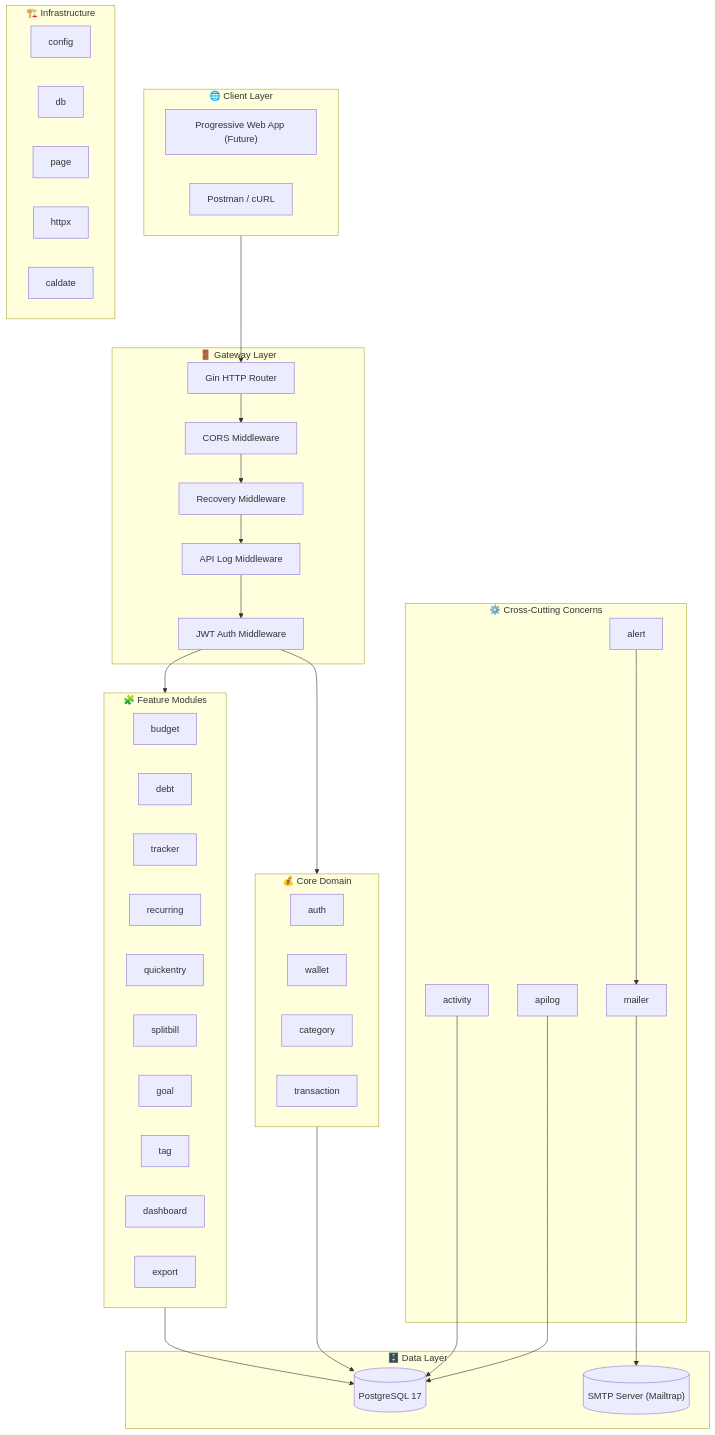
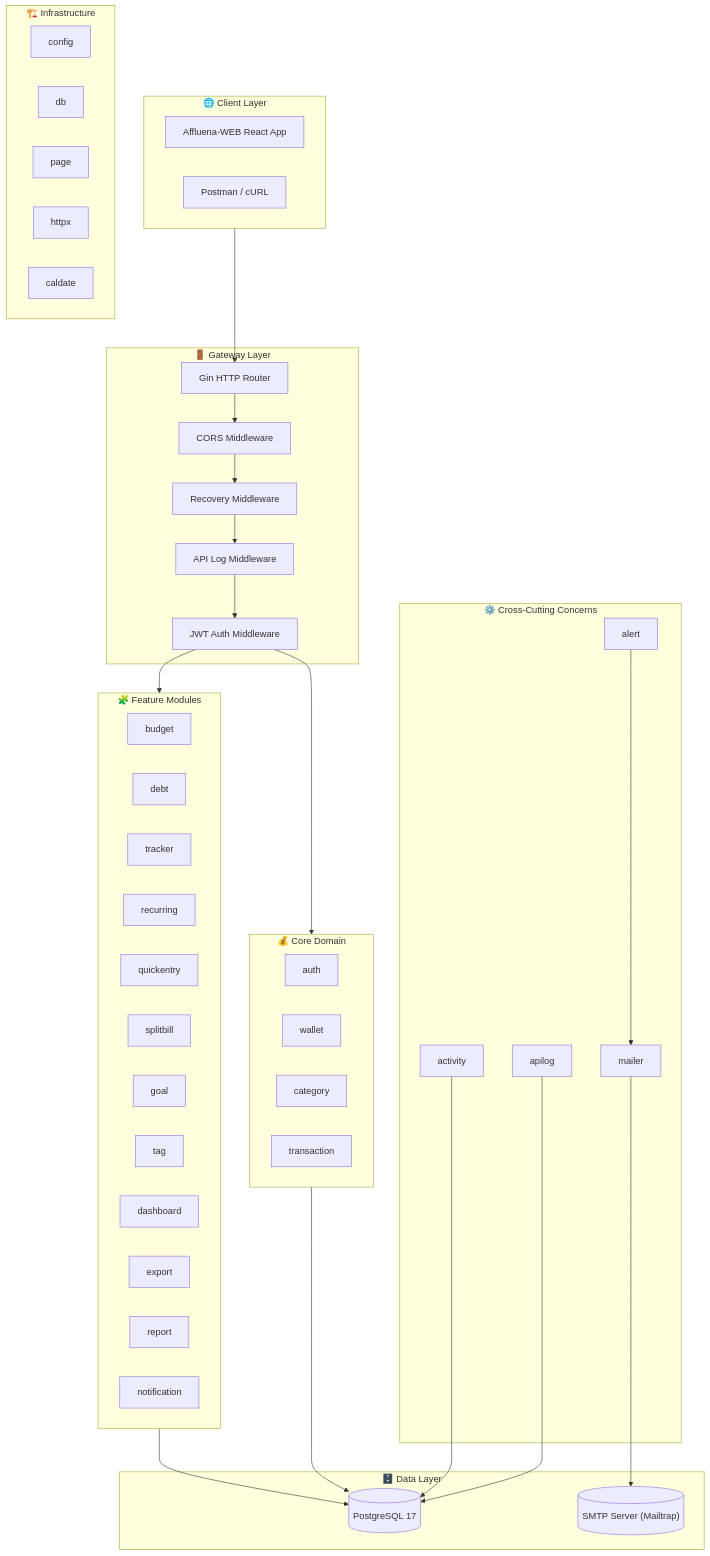
One commit to adty404/Affluena-API changed the first of 4 diagrams in docs/system_map.md. Above: the diagram before and after it, drawn with Mermaid. The commit also changed other lines of this file and 18 other files, not shown here.

````diff
--- a/docs/system_map.md
+++ b/docs/system_map.md
@@ -11,65 +11,67 @@
 ```mermaid
 graph TB
     subgraph Client["🌐 Client Layer"]
-        PWA["Progressive Web App (Future)"]
+        WEB["Affluena-WEB React App"]
         Postman["Postman / cURL"]
     end
 
     subgraph Gateway["🚪 Gateway Layer"]
         GIN["Gin HTTP Router"]
         MW_CORS["CORS Middleware"]
         MW_RECOVERY["Recovery Middleware"]
         MW_APILOG["API Log Middleware"]
         MW_AUTH["JWT Auth Middleware"]
     end
 
     subgraph Core["💰 Core Domain"]
         AUTH["auth"]
         WALLET["wallet"]
         CATEGORY["category"]
         TRANSACTION["transaction"]
     end
 
     subgraph Features["🧩 Feature Modules"]
         BUDGET["budget"]
         DEBT["debt"]
         TRACKER["tracker"]
         RECURRING["recurring"]
         QUICKENTRY["quickentry"]
         SPLITBILL["splitbill"]
         GOAL["goal"]
         TAG["tag"]
         DASHBOARD["dashboard"]
         EXPORT["export"]
+        REPORT["report"]
+        NOTIFICATION["notification"]
     end
 
     subgraph CrossCutting["⚙️ Cross-Cutting Concerns"]
         ACTIVITY["activity"]
         ALERT["alert"]
         MAILER["mailer"]
         APILOG["apilog"]
     end
 
     subgraph Infra["🏗️ Infrastructure"]
         CONFIG["config"]
         DB["db"]
         PAGE["page"]
         HTTPX["httpx"]
         CALDATE["caldate"]
     end
 
     subgraph Data["🗄️ Data Layer"]
         PG[("PostgreSQL 17")]
         SMTP[("SMTP Server (Mailtrap)")]
     end
 
     Client --> GIN
     GIN --> MW_CORS --> MW_RECOVERY --> MW_APILOG --> MW_AUTH
     MW_AUTH --> Core
     MW_AUTH --> Features
     Core --> PG
     Features --> PG
     ALERT --> MAILER --> SMTP
     APILOG --> PG
     ACTIVITY --> PG
 ```
````
